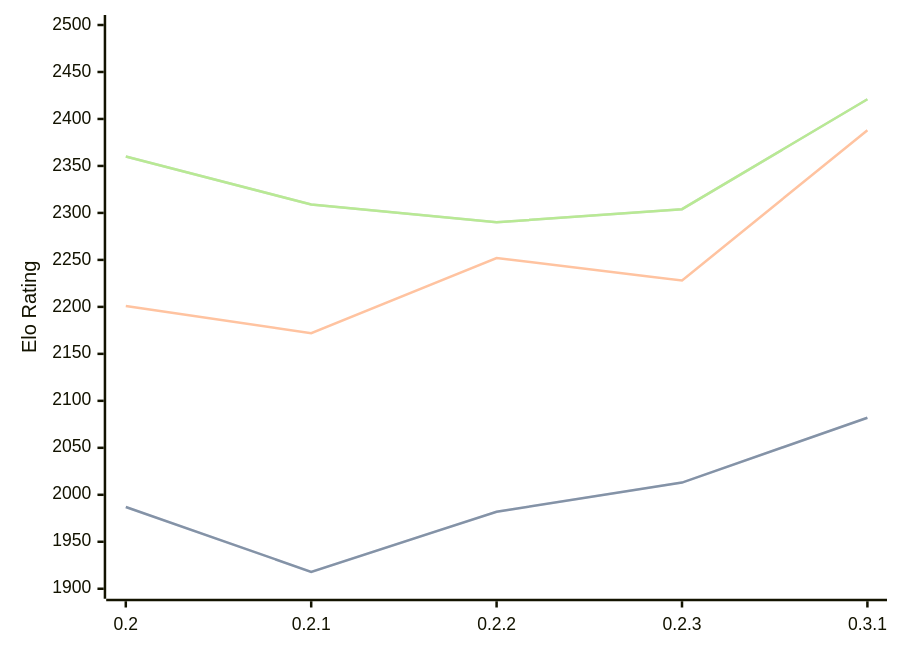
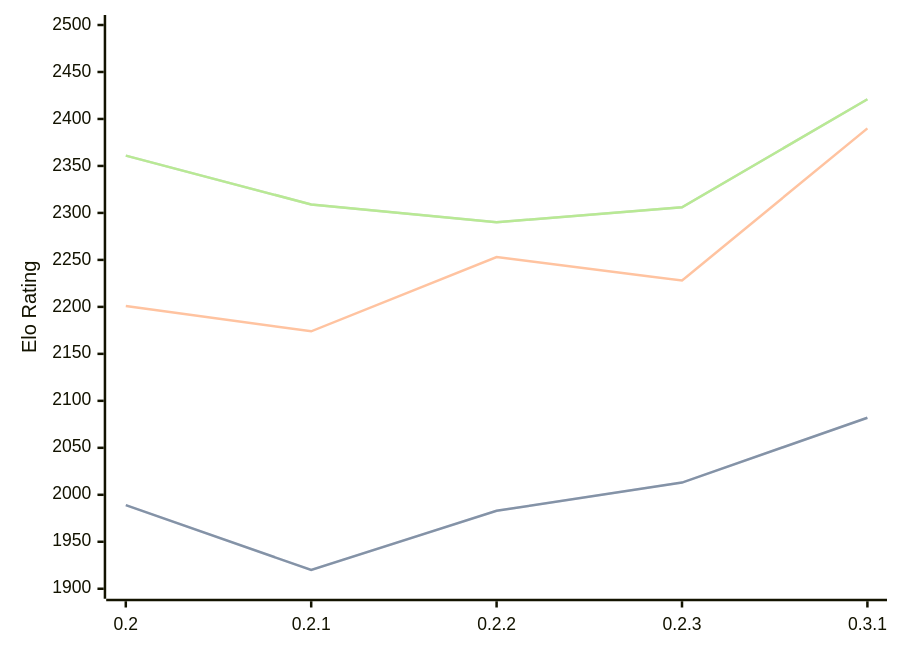
One commit to computer-chess-index/cci changed the diagram in engines/Lolbot.md. Above: the diagram before and after it, drawn with Mermaid. The commit also changed other lines of this file, not shown here.

Commit message:
Update CCI Ratings (ELO VLTC) - 2026-07-25

````diff
--- a/engines/Lolbot.md
+++ b/engines/Lolbot.md
@@ -36,11 +36,11 @@
 ```mermaid
 %%{init: {"theme":"base","themeVariables":{"seriesColors:['#a3a3a3','#222221','#faa371']}}}%%
 xychart-beta
   x-axis ["0.2", "0.2.1", "0.2.2", "0.2.3", "0.3.1"]
   y-axis "Elo Rating" 1900 --> 2500
-  line "STC (8.0+0.08s)" [1987, 1918, 1982, 2013, 2082]
-  line "STC (8.0+0.08s)" [1987, 1918, 1982, 2013, 2082]
-  line "LTC (60.0+0.60s)" [2201, 2172, 2252, 2228, 2388]
-  line "VLTC (2m24s+1.12s)" [2360, 2309, 2290, 2304, 2421]
-  line "VLTC (2m24s+1.12s)" [2360, 2309, 2290, 2304, 2421]
+  line "STC (8.0+0.08s)" [1989, 1920, 1983, 2013, 2082]
+  line "STC (8.0+0.08s)" [1989, 1920, 1983, 2013, 2082]
+  line "LTC (60.0+0.60s)" [2201, 2174, 2253, 2228, 2390]
+  line "VLTC (2m24s+1.12s)" [2361, 2309, 2290, 2306, 2421]
+  line "VLTC (2m24s+1.12s)" [2361, 2309, 2290, 2306, 2421]
 ```
````
